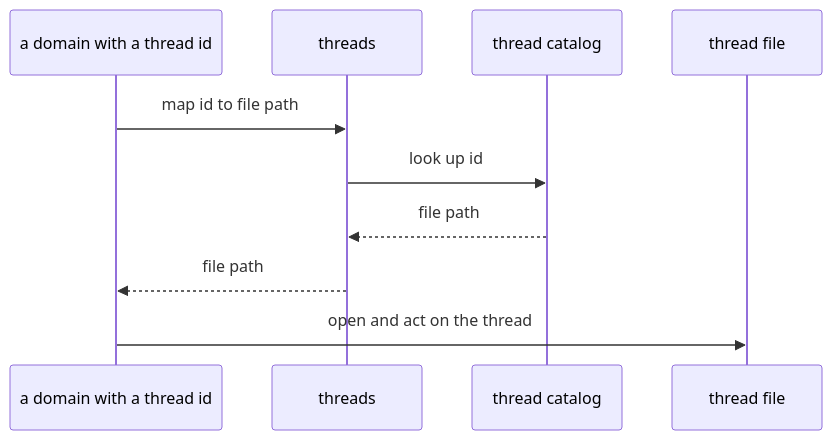
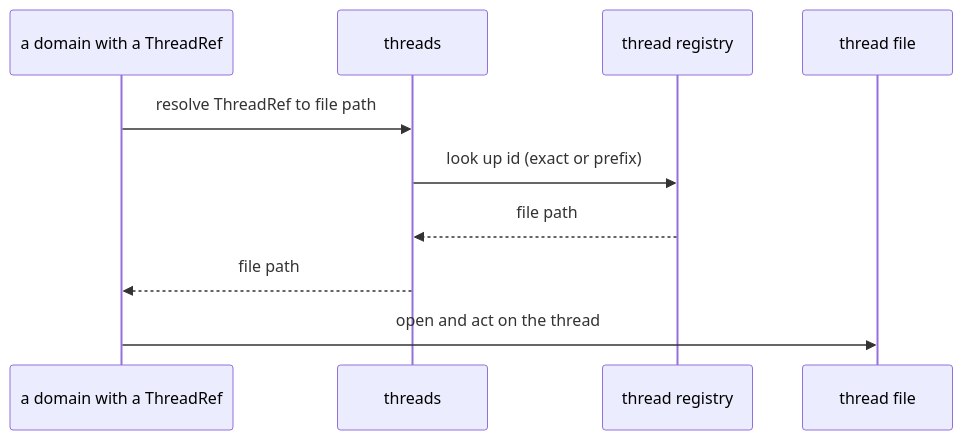
One commit to liminal-ai/long-horizon-context changed the second of 11 diagrams in docs/onboard/02-domain-design.md. Above: the diagram before and after it, drawn with Mermaid. The commit also changed other lines of this file and 1 other file, not shown here.

````diff
--- a/docs/onboard/02-domain-design.md
+++ b/docs/onboard/02-domain-design.md
@@ -54,12 +60,12 @@
 ```mermaid
 sequenceDiagram
-  participant D as a domain with a thread id
+  participant D as a domain with a ThreadRef
   participant T as threads
-  participant R as thread catalog
+  participant R as thread registry
   participant F as thread file
-  D->>T: map id to file path
-  T->>R: look up id
+  D->>T: resolve ThreadRef to file path
+  T->>R: look up id (exact or prefix)
   R-->>T: file path
   T-->>D: file path
   D->>F: open and act on the thread
 ```
````
